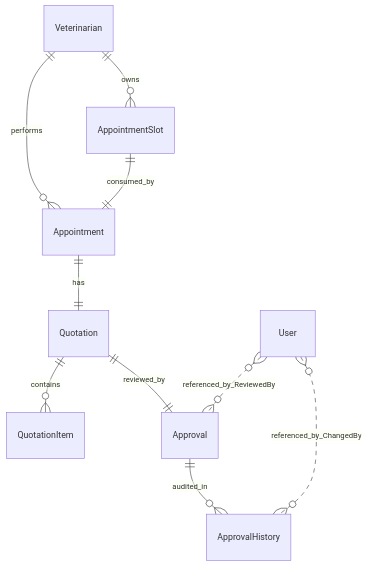
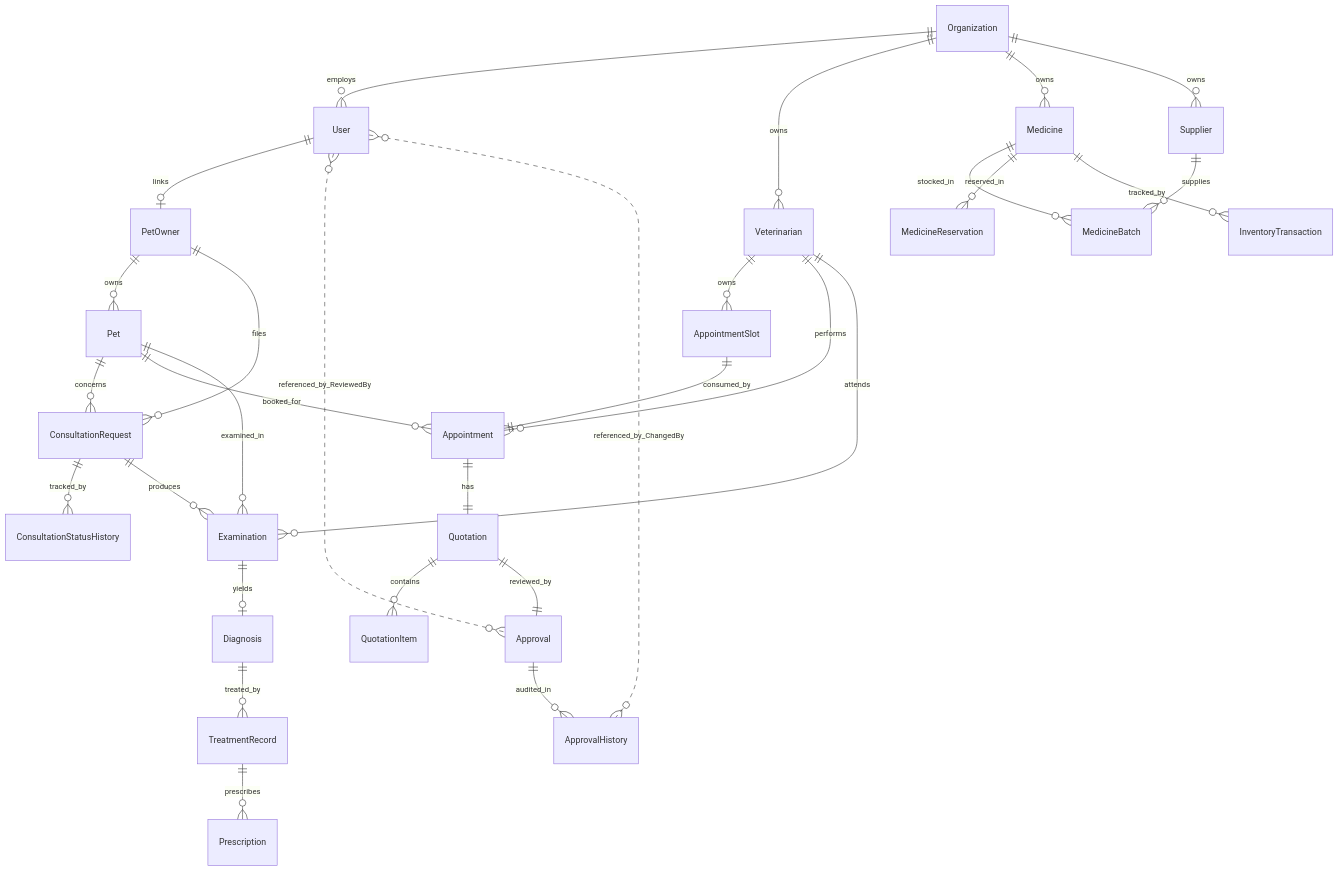
Before and after one commit to ThevinRanasinghe/intelligent-pet-care-veterinary-management-system: the diagram in docs/database/database-design.md, drawn with Mermaid. The commit also changed other lines of this file and 80 other files, not shown here.

````diff
--- a/docs/database/database-design.md
+++ b/docs/database/database-design.md
@@ -190,12 +206,32 @@
 ```mermaid
 erDiagram
+    Organization ||--o{ User : employs
+    Organization ||--o{ Veterinarian : owns
+    Organization ||--o{ Medicine : owns
+    Organization ||--o{ Supplier : owns
+    User ||--o| PetOwner : links
+    PetOwner ||--o{ Pet : owns
+    PetOwner ||--o{ ConsultationRequest : files
+    Pet ||--o{ ConsultationRequest : concerns
+    Pet ||--o{ Appointment : booked_for
+    Pet ||--o{ Examination : examined_in
     Veterinarian ||--o{ AppointmentSlot : owns
     Veterinarian ||--o{ Appointment : performs
+    Veterinarian ||--o{ Examination : attends
     AppointmentSlot ||--|| Appointment : consumed_by
     Appointment ||--|| Quotation : has
     Quotation ||--o{ QuotationItem : contains
     Quotation ||--|| Approval : reviewed_by
     Approval ||--o{ ApprovalHistory : audited_in
+    ConsultationRequest ||--o{ ConsultationStatusHistory : tracked_by
+    ConsultationRequest ||--o{ Examination : produces
+    Examination ||--o| Diagnosis : yields
+    Diagnosis ||--o{ TreatmentRecord : treated_by
+    TreatmentRecord ||--o{ Prescription : prescribes
+    Medicine ||--o{ MedicineBatch : stocked_in
+    Medicine ||--o{ MedicineReservation : reserved_in
+    Medicine ||--o{ InventoryTransaction : tracked_by
+    Supplier ||--o{ MedicineBatch : supplies
     User }o..o{ Approval : referenced_by_ReviewedBy
     User }o..o{ ApprovalHistory : referenced_by_ChangedBy
 ```
````
